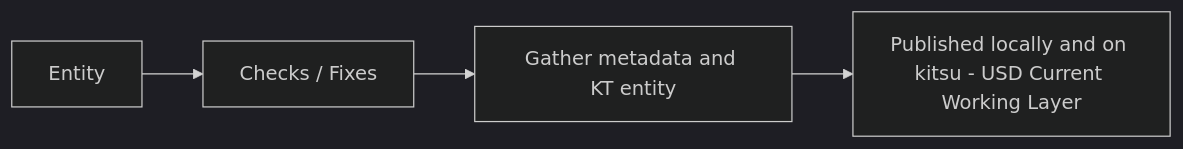
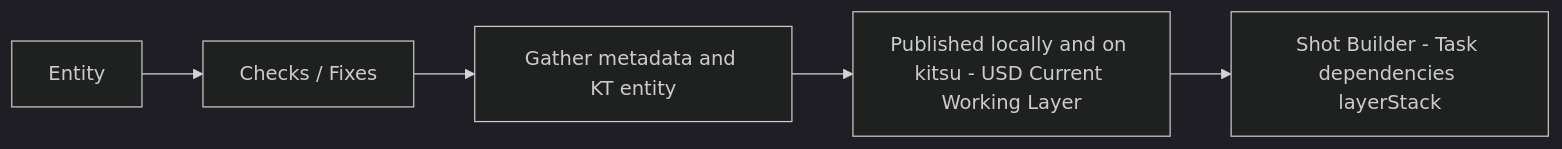
Before and after one commit to CAL20120/Fireflies: the third of 8 diagrams in README.md, drawn with Mermaid (dark theme). The commit also changed other lines of this file and 1 other file, not shown here.

````diff
--- a/README.md
+++ b/README.md
@@ -156,6 +156,7 @@
 ```mermaid
 graph LR
 A[Entity] --> B[Checks / Fixes]
 B --> C[Gather metadata and KT entity]
 C --> D[Published locally and on kitsu - USD Current Working Layer]
+D --> E[Shot Builder - Task dependencies layerStack]
 ```
````
